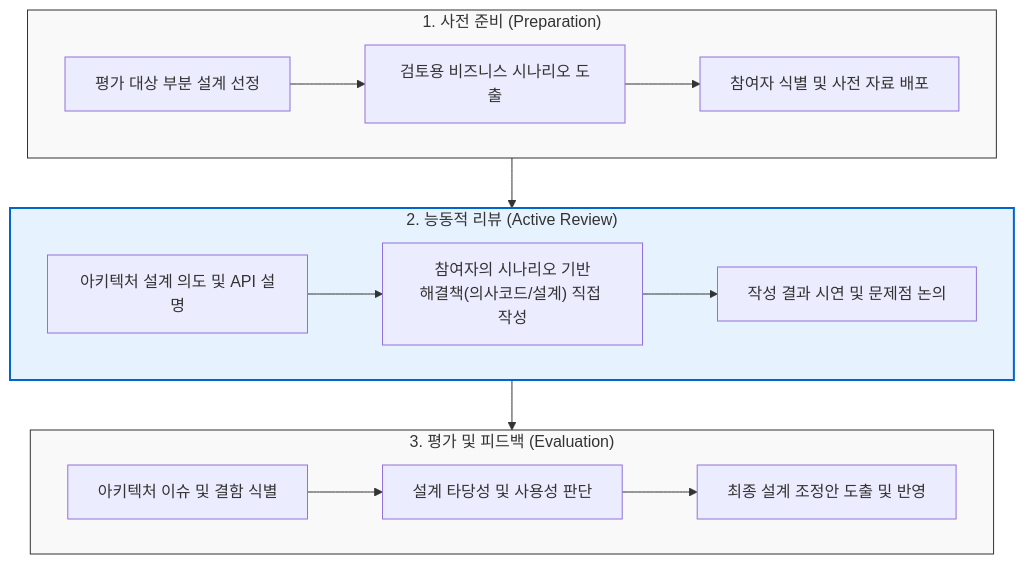
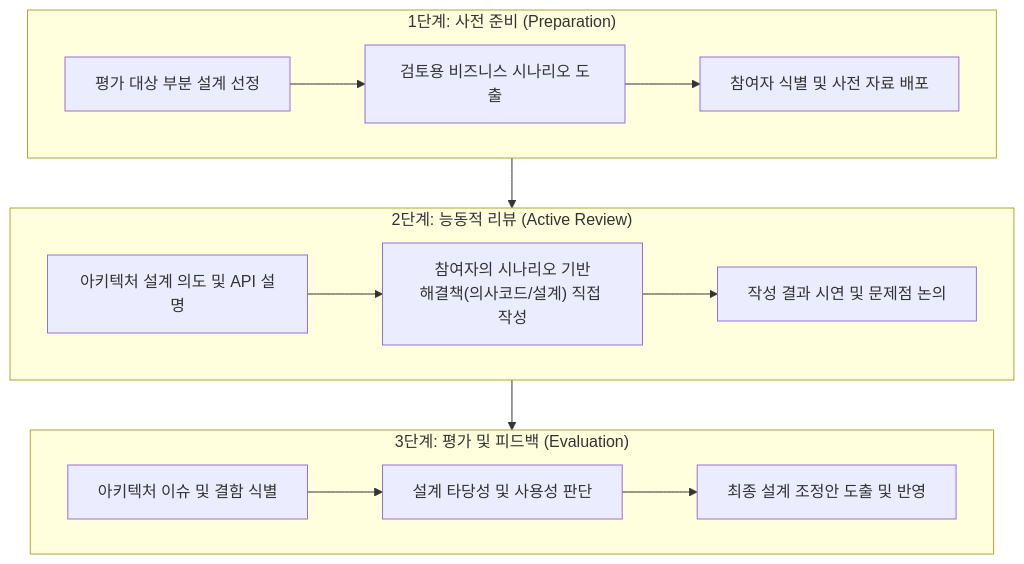
Before and after one commit to supremethumb/supremethumb.github.io: the diagram in content/01_IT Tech/ARID.md, drawn with Mermaid. The commit also changed other lines of this file and 362 other files, not shown here.

````diff
--- a/content/01_IT Tech/ARID.md
+++ b/content/01_IT Tech/ARID.md
@@ -29,26 +30,20 @@
 ```mermaid
 flowchart TD
-    subgraph Phase1 ["1. 사전 준비 (Preparation)"]
+    subgraph Phase1 ["1단계: 사전 준비 (Preparation)"]
         A[평가 대상 부분 설계 선정] --> B[검토용 비즈니스 시나리오 도출]
         B --> C[참여자 식별 및 사전 자료 배포]
     end
     
-    subgraph Phase2 ["2. 능동적 리뷰 (Active Review)"]
+    subgraph Phase2 ["2단계: 능동적 리뷰 (Active Review)"]
         D[아키텍처 설계 의도 및 API 설명] --> E["참여자의 시나리오 기반<br/>해결책(의사코드/설계) 직접 작성"]
         E --> F[작성 결과 시연 및 문제점 논의]
     end
     
-    subgraph Phase3 ["3. 평가 및 피드백 (Evaluation)"]
+    subgraph Phase3 ["3단계: 평가 및 피드백 (Evaluation)"]
         G[아키텍처 이슈 및 결함 식별] --> H[설계 타당성 및 사용성 판단]
         H --> I[최종 설계 조정안 도출 및 반영]
     end
     
     Phase1 --> Phase2
     Phase2 --> Phase3
-    
-    style Phase1 fill:#f9f9f9,stroke:#333,stroke-width:1px
-    style Phase2 fill:#e6f3ff,stroke:#0066cc,stroke-width:2px
-    style Phase3 fill:#f9f9f9,stroke:#333,stroke-width:1px
-
-
 ```
````
